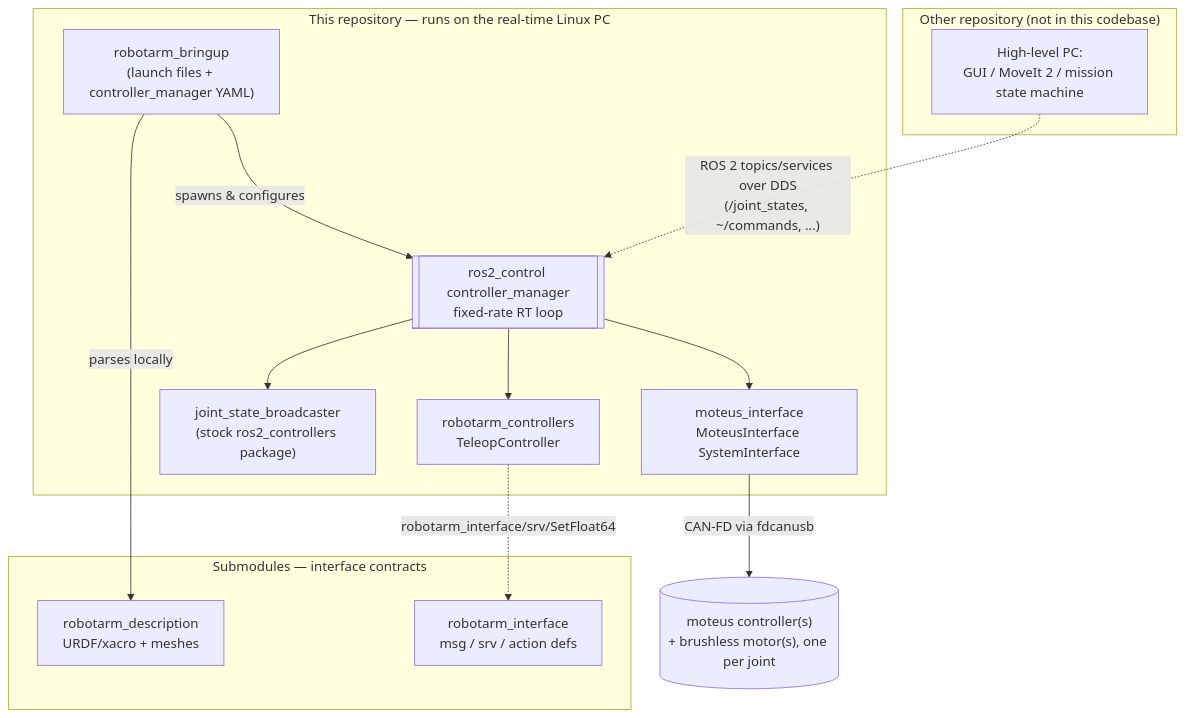
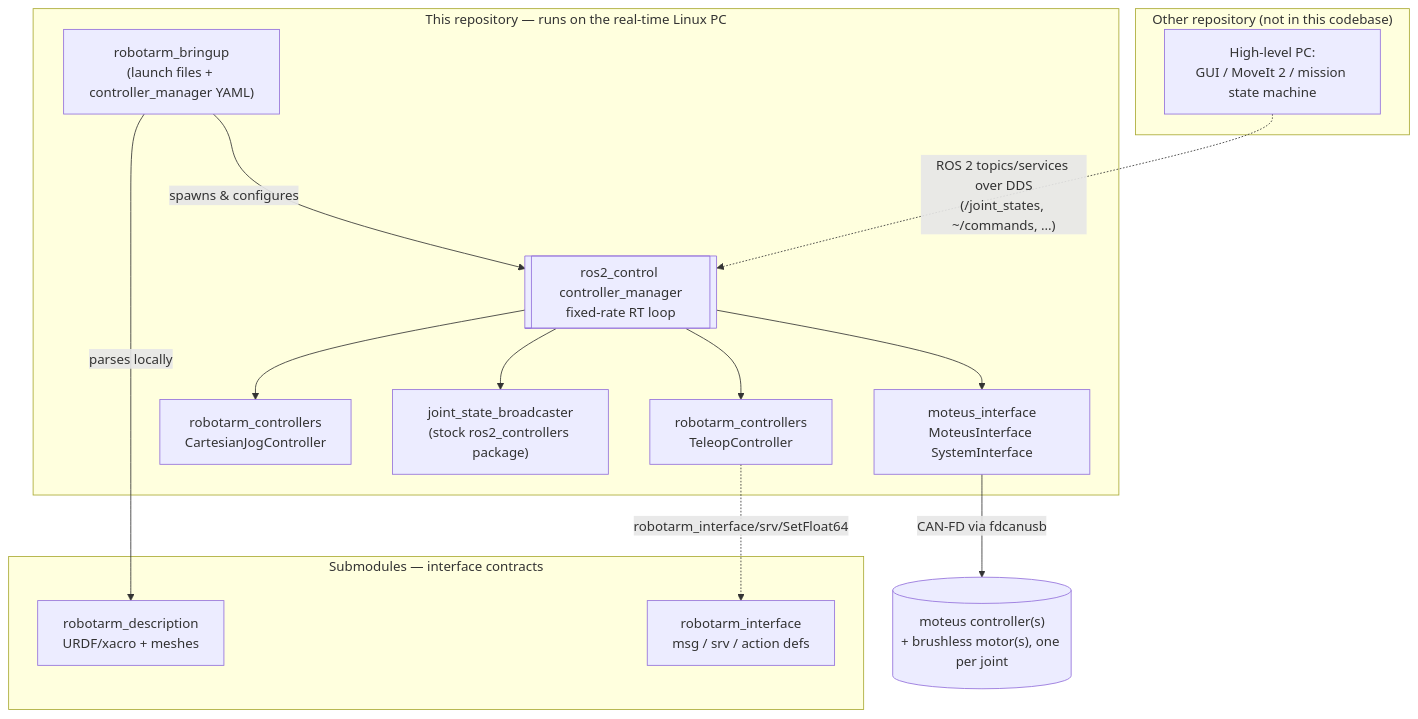
Before and after one commit to ruben01egle/robotarm_firmware_lnx: the diagram in README.md, drawn with Mermaid. The commit also changed other lines of this file and 11 other files, not shown here.

````diff
--- a/README.md
+++ b/README.md
@@ -54,30 +54,32 @@
 ```mermaid
 graph TD
     subgraph other["Other repository (not in this codebase)"]
         core["High-level PC:<br/>GUI / MoveIt 2 / mission state machine"]
     end
 
     subgraph repo["This repository — runs on the real-time Linux PC"]
         bringup["robotarm_bringup<br/>(launch files + controller_manager YAML)"]
         cm[["ros2_control controller_manager<br/>fixed-rate RT loop"]]
         teleop["robotarm_controllers<br/>TeleopController"]
+        cjog["robotarm_controllers<br/>CartesianJogController"]
         jsb["joint_state_broadcaster<br/>(stock ros2_controllers package)"]
         hwi["moteus_interface<br/>MoteusInterface SystemInterface"]
     end
 
     subgraph subs["Submodules — interface contracts"]
         desc["robotarm_description<br/>URDF/xacro + meshes"]
         iface["robotarm_interface<br/>msg / srv / action defs"]
     end
 
     moteus[("moteus controller(s)<br/>+ brushless motor(s), one per joint")]
 
     core -. "ROS 2 topics/services over DDS<br/>(/joint_states, ~/commands, ...)" .-> cm
     bringup -->|spawns & configures| cm
     bringup -->|parses locally| desc
     cm --> teleop
+    cm --> cjog
     cm --> jsb
     cm --> hwi
     teleop -. "robotarm_interface/srv/SetFloat64" .-> iface
     hwi -- "CAN-FD via fdcanusb" --> moteus
 ```
````
